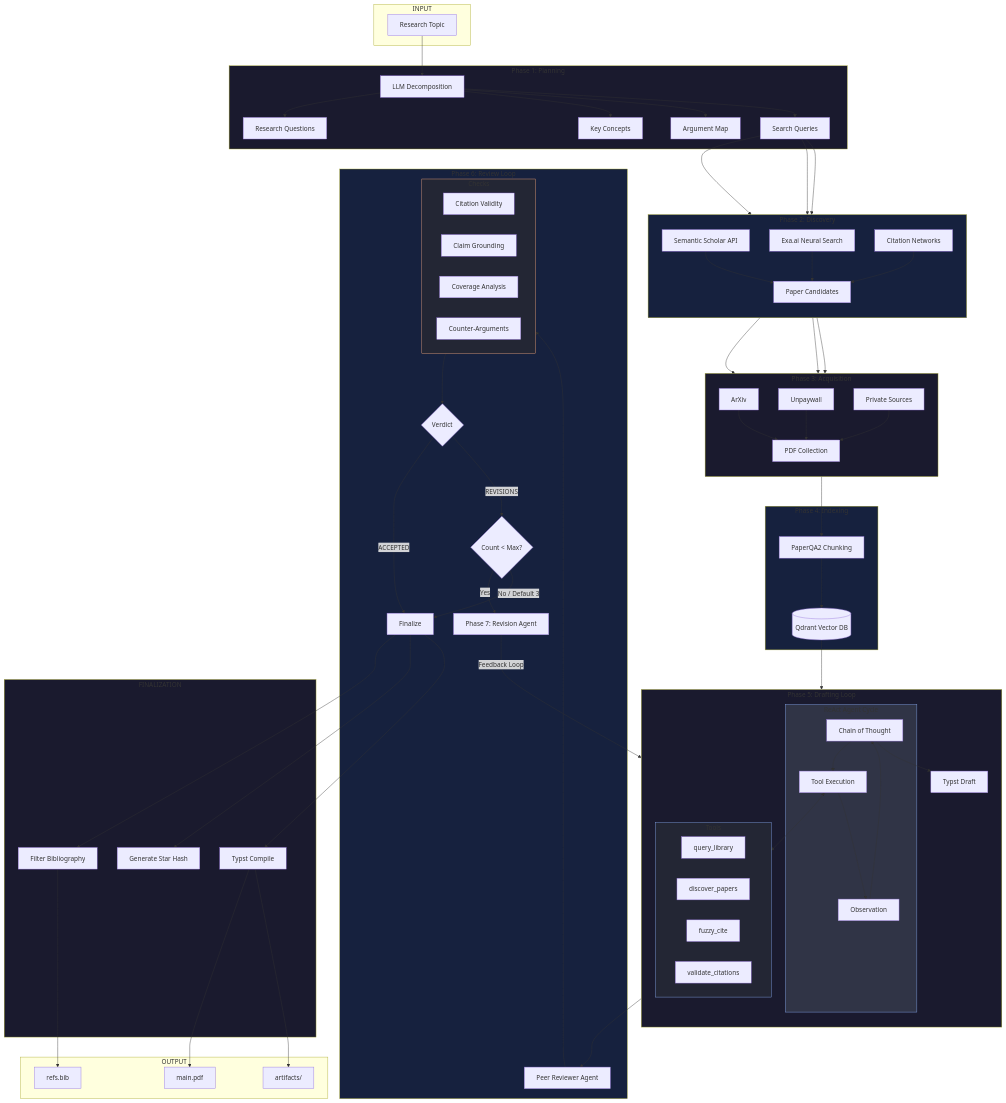
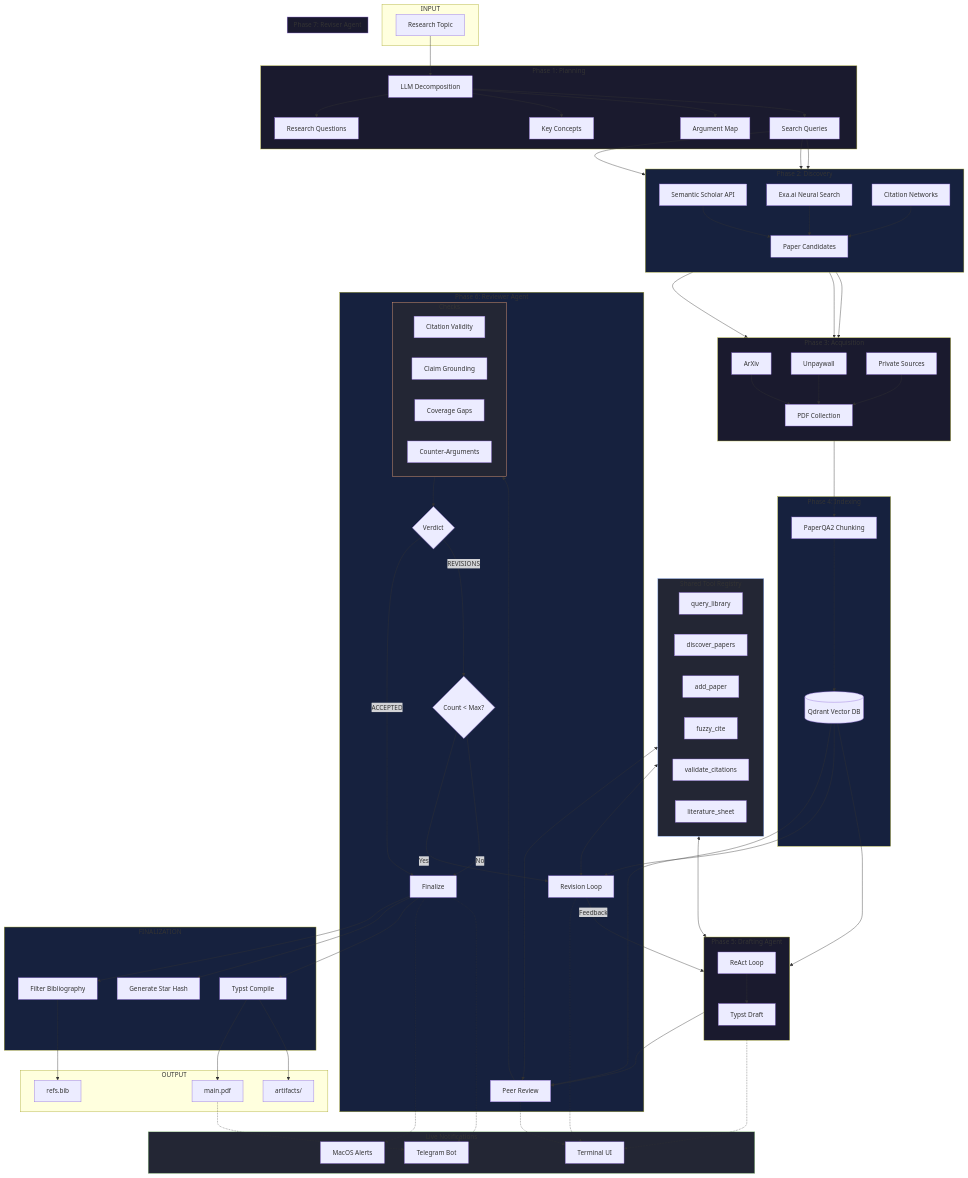
Before and after one commit to gbrlpzz/research-agent-cli: the diagram in README.md, drawn with Mermaid.

Commit message:
docs: enhance mermaid diagram with tool sharing and notifications
- Added Shared Tool Registry showing all 6 tools
- Added Notifications subgraph (Terminal UI, MacOS, Telegram)
- Show tool connections between Drafter, Reviewer, and Reviser agents
- Show notification connections (UI updates, final alerts, PDF delivery)

````diff
--- a/README.md
+++ b/README.md
@@ -53,49 +53,45 @@
         PaperQA --> Qdrant
     end
 
-    subgraph DRAFTING["Phase 5: Drafting Loop"]
-        direction TB
-        
-        subgraph ReAct["ReAct Agent Cycle"]
-            Think[Chain of Thought]
-            Act[Tool Execution]
-            Obs[Observation]
-            Think --> Act
-            Act --> Obs
-            Obs --> Think
-        end
-
-        subgraph Tools
-            T1[query_library]
-            T2[discover_papers]
-            T3[fuzzy_cite]
-            T4[validate_citations]
-        end
-        
-        Act <--> Tools
-        Think --> Draft[Typst Draft]
+    subgraph TOOLS["Shared Tool Registry"]
+        T1[query_library]
+        T2[discover_papers]
+        T3[add_paper]
+        T4[fuzzy_cite]
+        T5[validate_citations]
+        T6[literature_sheet]
     end
 
-    subgraph REVIEW["Phase 6: Review Loop"]
-        Reviewer[Peer Reviewer Agent]
-        Draft --> Reviewer
+    subgraph DRAFTING["Phase 5: Drafting Agent"]
+        direction TB
+        DraftAgent[ReAct Loop]
+        DraftAgent --> Draft[Typst Draft]
+    end
+
+    subgraph REVIEW["Phase 6: Reviewer Agent"]
+        ReviewAgent[Peer Review]
+        Draft --> ReviewAgent
         
         subgraph Checks
             C1[Citation Validity]
             C2[Claim Grounding]
-            C3[Coverage Analysis]
+            C3[Coverage Gaps]
             C4[Counter-Arguments]
         end
         
-        Reviewer --> Checks
+        ReviewAgent --> Checks
         Checks --> Verdict{Verdict}
         Verdict -->|ACCEPTED| Final[Finalize]
         Verdict -->|REVISIONS| Limit{Count < Max?}
-        Limit -->|Yes| Revise[Phase 7: Revision Agent]
-        Limit -->|No / Default 3| Final
+        Limit -->|Yes| ReviseAgent
+        Limit -->|No| Final
     end
 
-    Revise --> |Feedback Loop| Think
+    subgraph REVISION["Phase 7: Reviser Agent"]
+        ReviseAgent[Revision Loop]
+    end
+
+    ReviseAgent --> |Feedback| DraftAgent
 
     subgraph FINALIZATION
         Final --> BibFilter[Filter Bibliography]
@@ -109,8 +105,29 @@
         Compile --> Artifacts[artifacts/]
     end
 
+    subgraph NOTIFICATIONS["Live Notifications"]
+        UI[Terminal UI]
+        MacOS[MacOS Alerts]
+        Telegram[Telegram Bot]
+    end
+
     Topic --> Plan
-    Qdrant --> ReAct
+    Qdrant --> DraftAgent
+    Qdrant --> ReviewAgent
+    Qdrant --> ReviseAgent
+
+    %% Tool connections
+    TOOLS <--> DraftAgent
+    TOOLS <--> ReviewAgent
+    TOOLS <--> ReviseAgent
+
+    %% Notification connections
+    DraftAgent -.-> UI
+    ReviewAgent -.-> UI
+    ReviseAgent -.-> UI
+    Final -.-> MacOS
+    Final -.-> Telegram
+    PDF -.-> Telegram
 
     style PLANNING fill:#1a1a2e
     style DISCOVERY fill:#16213e
@@ -118,8 +135,9 @@
     style INDEXING fill:#16213e
     style DRAFTING fill:#1a1a2e
     style REVIEW fill:#16213e
-    style FINALIZATION fill:#1a1a2e
-    style ReAct fill:#303446,stroke:#8aadf4
-    style Tools fill:#232634,stroke:#8aadf4
+    style REVISION fill:#1a1a2e
+    style FINALIZATION fill:#16213e
+    style TOOLS fill:#232634,stroke:#8aadf4
+    style NOTIFICATIONS fill:#232634,stroke:#a6da95
     style Checks fill:#232634,stroke:#f5a97f
 ```
````
